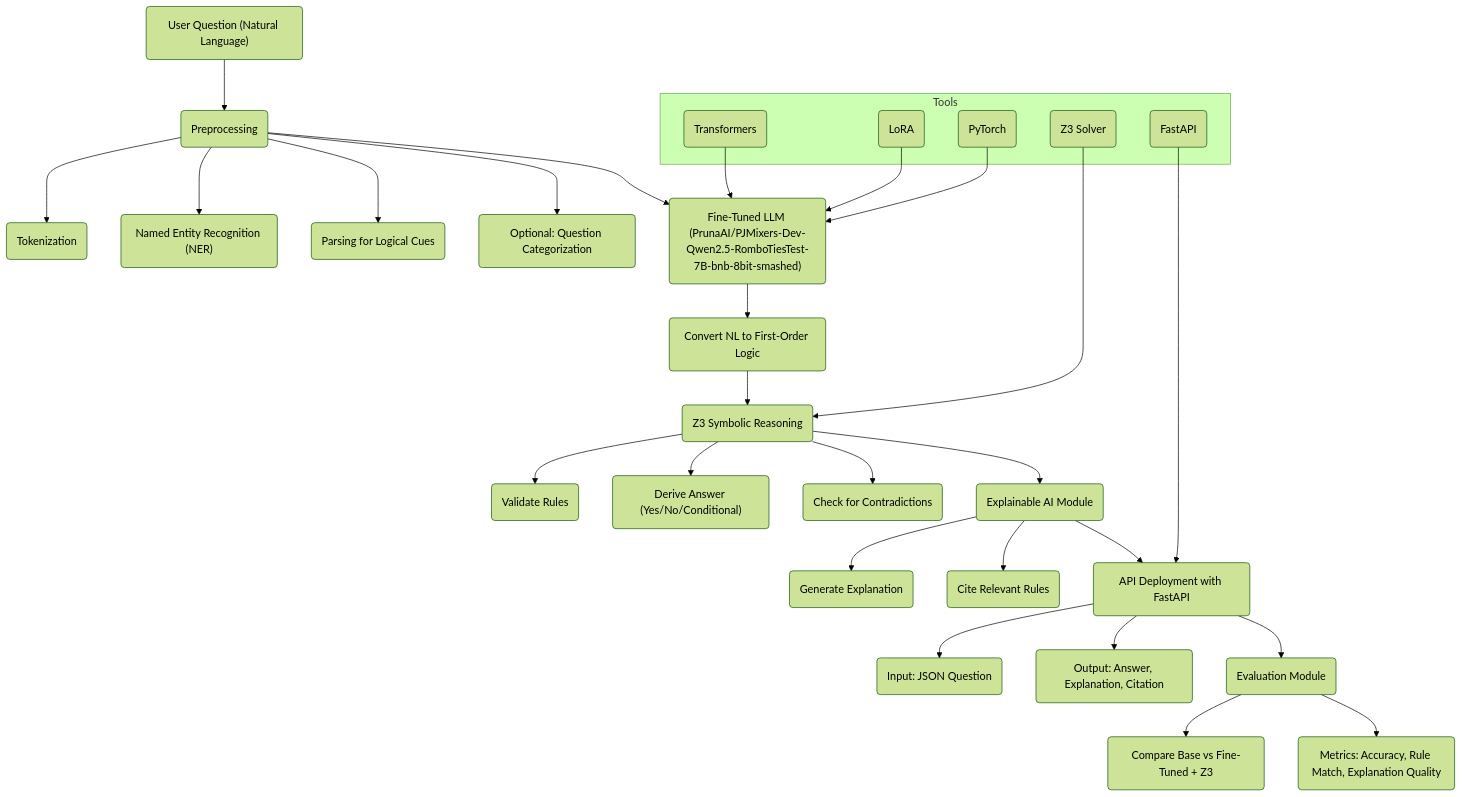
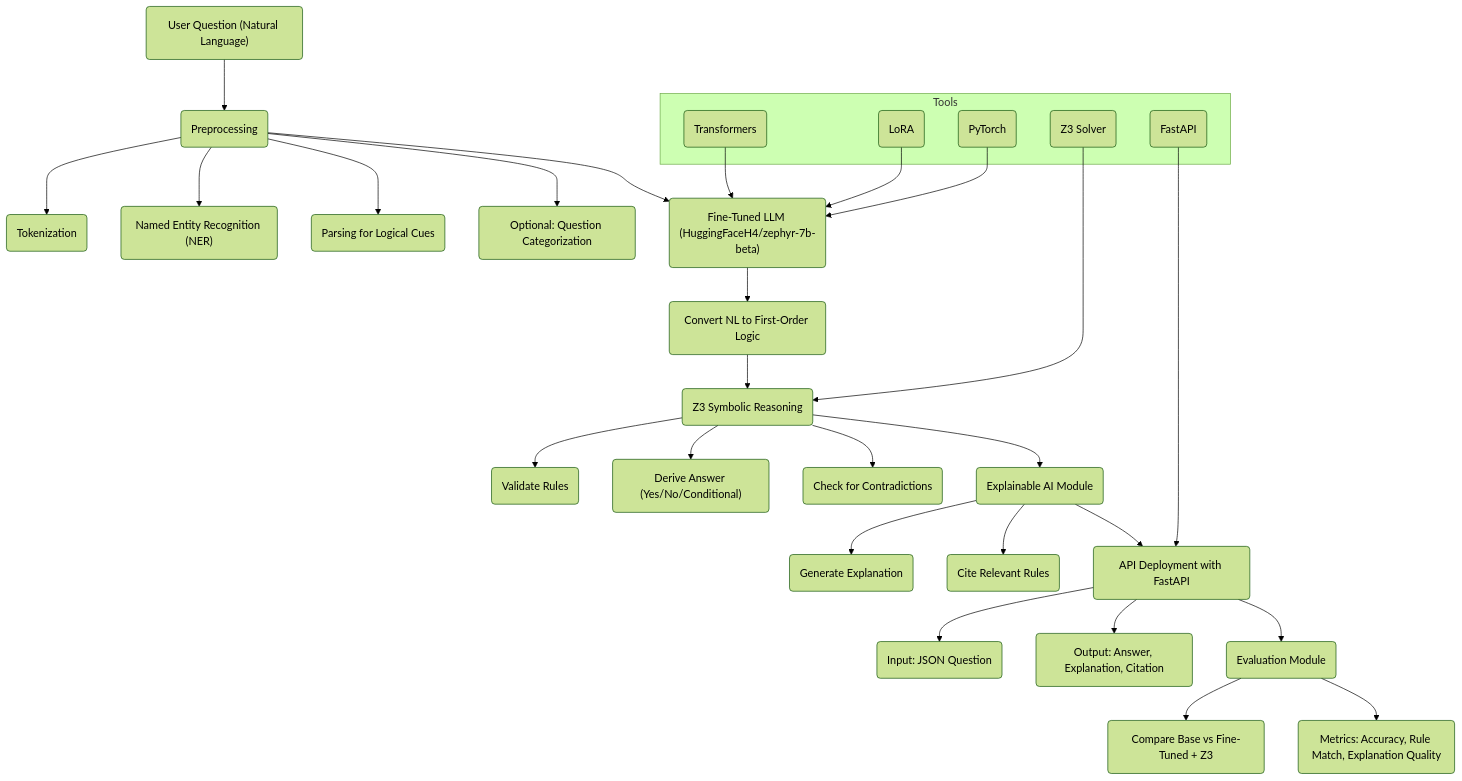
The diagram in docs/diagrams/pipeline.mmd (Anhbilong/trns-ai-2025), drawn with Mermaid (forest theme) before and after one commit. The commit also changed 1 other file, not shown here.

```diff
--- a/docs/diagrams/pipeline.mmd
+++ b/docs/diagrams/pipeline.mmd
@@ -1,40 +1,40 @@
 flowchart TD
   A("User Question (Natural Language)") --> B("Preprocessing")
   B --> B1("Tokenization")
   B --> B2("Named Entity Recognition (NER)")
   B --> B3("Parsing for Logical Cues")
   B --> B4("Optional: Question Categorization")
 
-  B --> C("Fine-Tuned LLM (PrunaAI/PJMixers-Dev-Qwen2.5-RomboTiesTest-7B-bnb-8bit-smashed)")
+  B --> C("Fine-Tuned LLM (HuggingFaceH4/zephyr-7b-beta)")
   C --> C1("Convert NL to First-Order Logic")
 
   C1 --> D("Z3 Symbolic Reasoning")
   D --> D1("Validate Rules")
   D --> D2("Derive Answer (Yes/No/Conditional)")
   D --> D3("Check for Contradictions")
 
   D --> E("Explainable AI Module")
   E --> E1("Generate Explanation")
   E --> E2("Cite Relevant Rules")
 
   E --> F("API Deployment with FastAPI")
   F --> F1("Input: JSON Question")
   F --> F2("Output: Answer, Explanation, Citation")
 
   F --> G("Evaluation Module")
   G --> G1("Compare Base vs Fine-Tuned + Z3")
   G --> G2("Metrics: Accuracy, Rule Match, Explanation Quality")
 
   subgraph Tools
     T1("Transformers")
     T2("Z3 Solver")
     T3("LoRA")
     T4("FastAPI")
     T5("PyTorch")
   end
 
   T1 --> C
   T2 --> D
   T3 --> C
   T4 --> F
   T5 --> C
```
